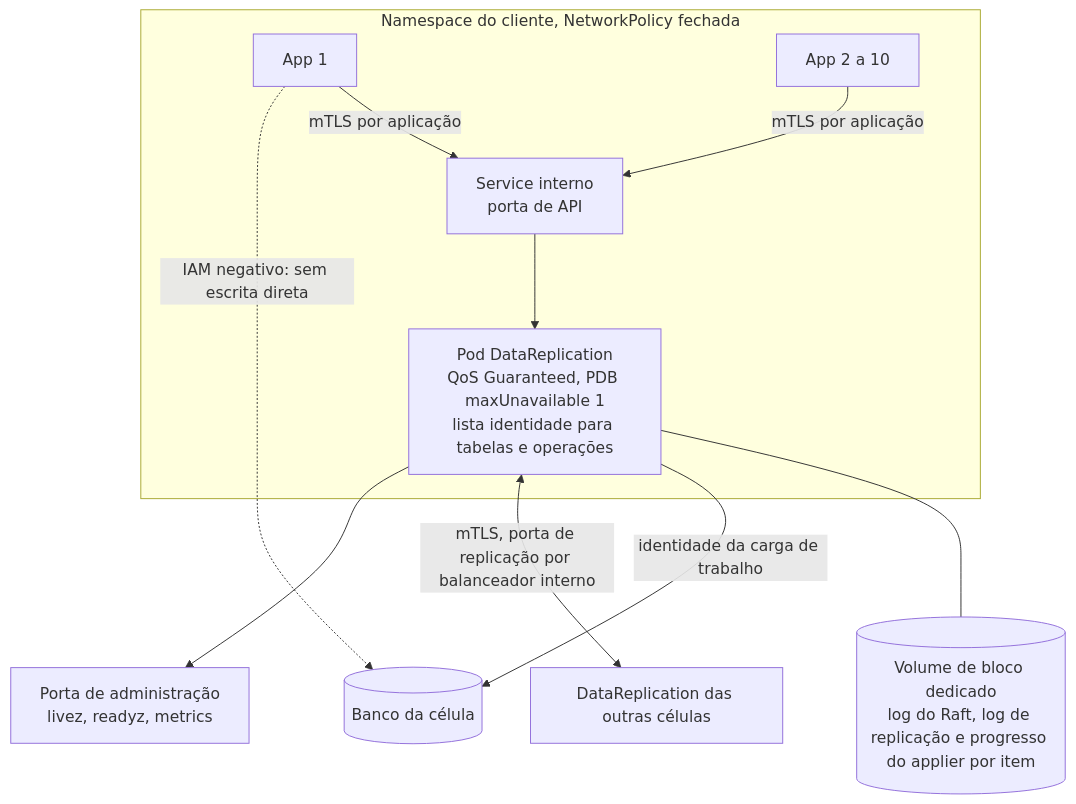
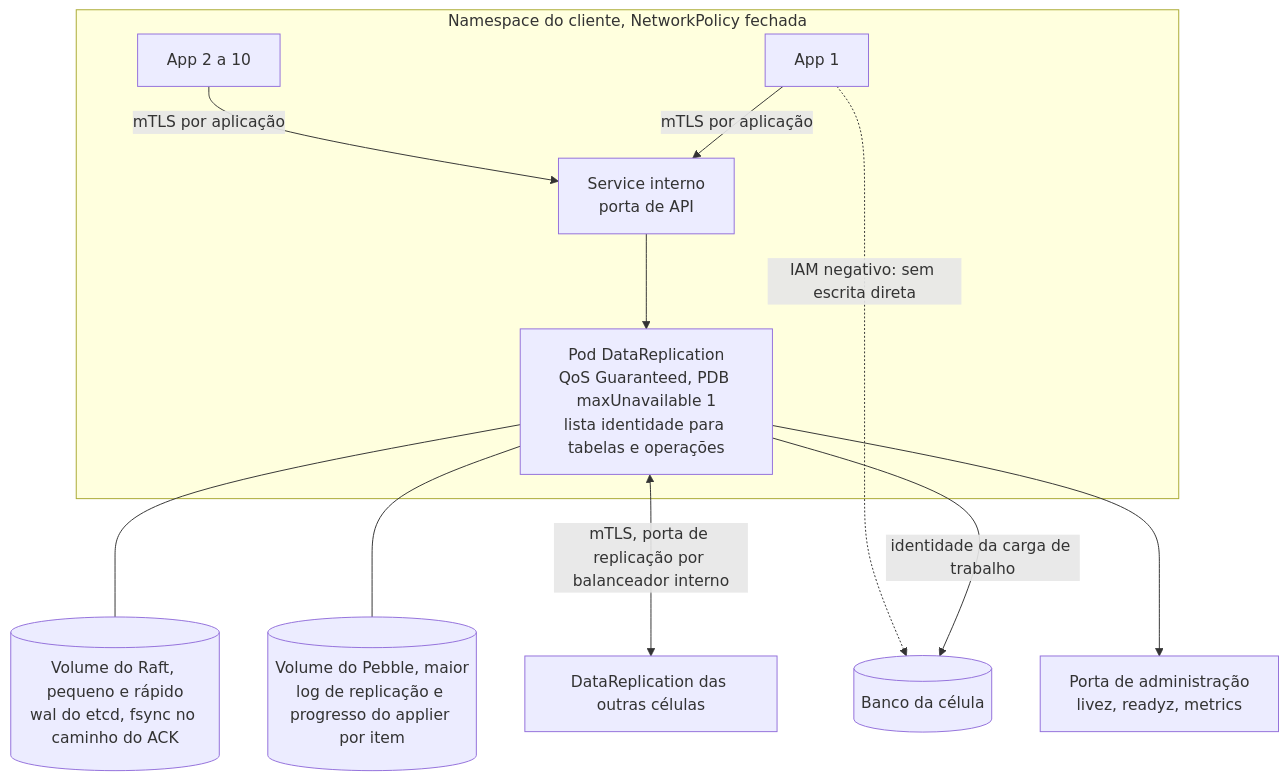
Before and after one commit to brbarmex/k: the diagram in 04_diagramas/D02-implantacao-da-celula.md, drawn with Mermaid. The commit also changed 29 other files, not shown here.

First line of the commit message:
Log de replicação em Pebble (ADR-055): derivado do Raft, sem fsync no ACK, volume separado

````diff
--- a/04_diagramas/D02-implantacao-da-celula.md
+++ b/04_diagramas/D02-implantacao-da-celula.md
@@ -9,13 +9,14 @@
 ```mermaid
 flowchart TD
     subgraph NS["Namespace do cliente, NetworkPolicy fechada"]
         A1["App 1"] -->|"mTLS por aplicação"| SVC["Service interno<br/>porta de API"]
         A2["App 2 a 10"] -->|"mTLS por aplicação"| SVC
         SVC --> POD["Pod DataReplication<br/>QoS Guaranteed, PDB maxUnavailable 1<br/>lista identidade para tabelas e operações"]
     end
-    POD --- VOL[("Volume de bloco dedicado<br/>log do Raft, log de replicação e progresso do applier por item")]
+    POD --- VOL[("Volume do Raft, pequeno e rápido<br/>wal do etcd, fsync no caminho do ACK")]
+    POD --- VOLP[("Volume do Pebble, maior<br/>log de replicação e progresso do applier por item")]
     POD -->|"identidade da carga de trabalho"| DB[("Banco da célula")]
     POD <-->|"mTLS, porta de replicação por balanceador interno"| PEERS["DataReplication das outras células"]
     POD --> ADM["Porta de administração<br/>livez, readyz, metrics"]
     A1 -. "IAM negativo: sem escrita direta" .-> DB
 ```
````
